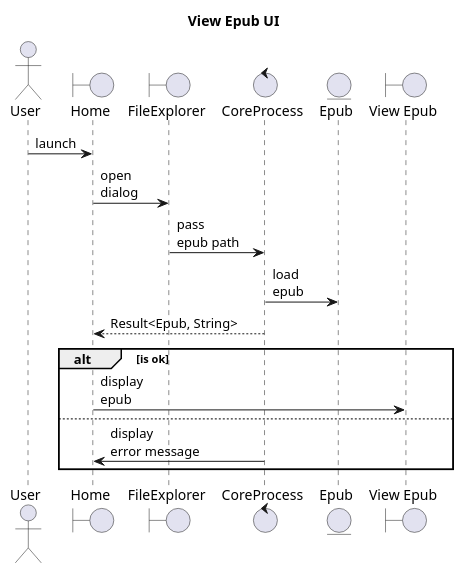
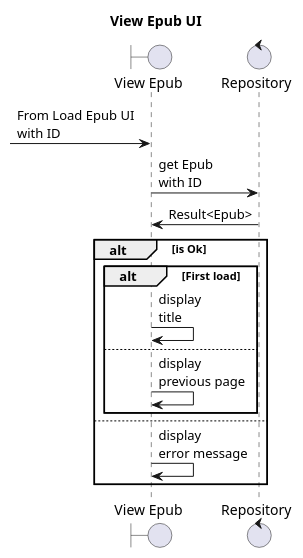
One commit to t4ai6i/rust_epub changed the diagram in docs/view_epub_ui.puml. Above: the diagram before and after it, drawn with PlantUML. The commit also changed 1 other file, not shown here.

Commit message:
Review flow

```diff
--- a/docs/view_epub_ui.puml
+++ b/docs/view_epub_ui.puml
@@ -1,29 +1,27 @@
 @startuml
 'https://plantuml.com/sequence-diagram
 
 title View Epub UI
 
-actor User
-boundary Home
-boundary FileExplorer
-control CoreProcess
-entity Epub
 boundary "View Epub"
+control Repository
 
-User -> Home: launch
+[-> "View Epub": From Load Epub UI\nwith ID
 
-Home -> FileExplorer: open\ndialog
+"View Epub" -> Repository: get Epub\nwith ID
+Repository -> "View Epub": Result<Epub>
 
-FileExplorer -> CoreProcess: pass\nepub path
-
-CoreProcess -> Epub: load\nepub
-
-CoreProcess --> Home: Result<Epub, String>
-
-alt is ok
-    Home -> "View Epub": display\nepub
+alt is Ok
+    alt First load
+        "View Epub" -> "View Epub": display\ntitle
+    else
+        "View Epub" -> "View Epub": display\nprevious page
+    end
 else
-    CoreProcess -> Home: display\nerror message
+    "View Epub" -> "View Epub": display\nerror message
 end
 
+' TODO: 1, List contents by spine
+' TODO: 2, Embedded image
+
 @enduml
```
